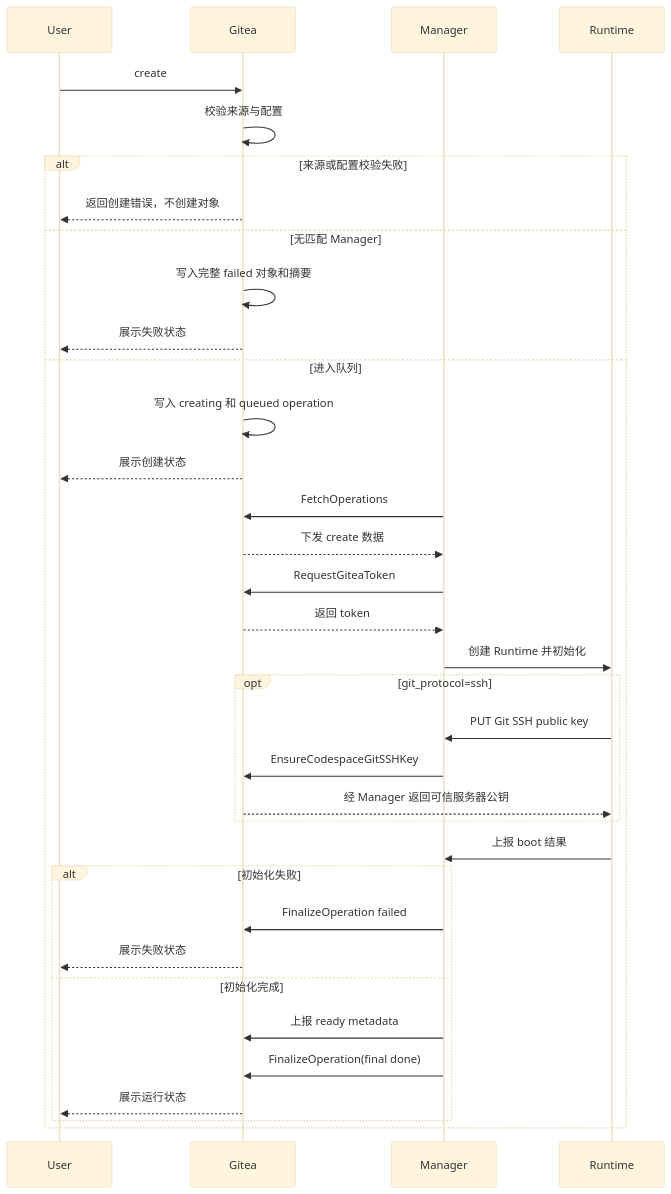
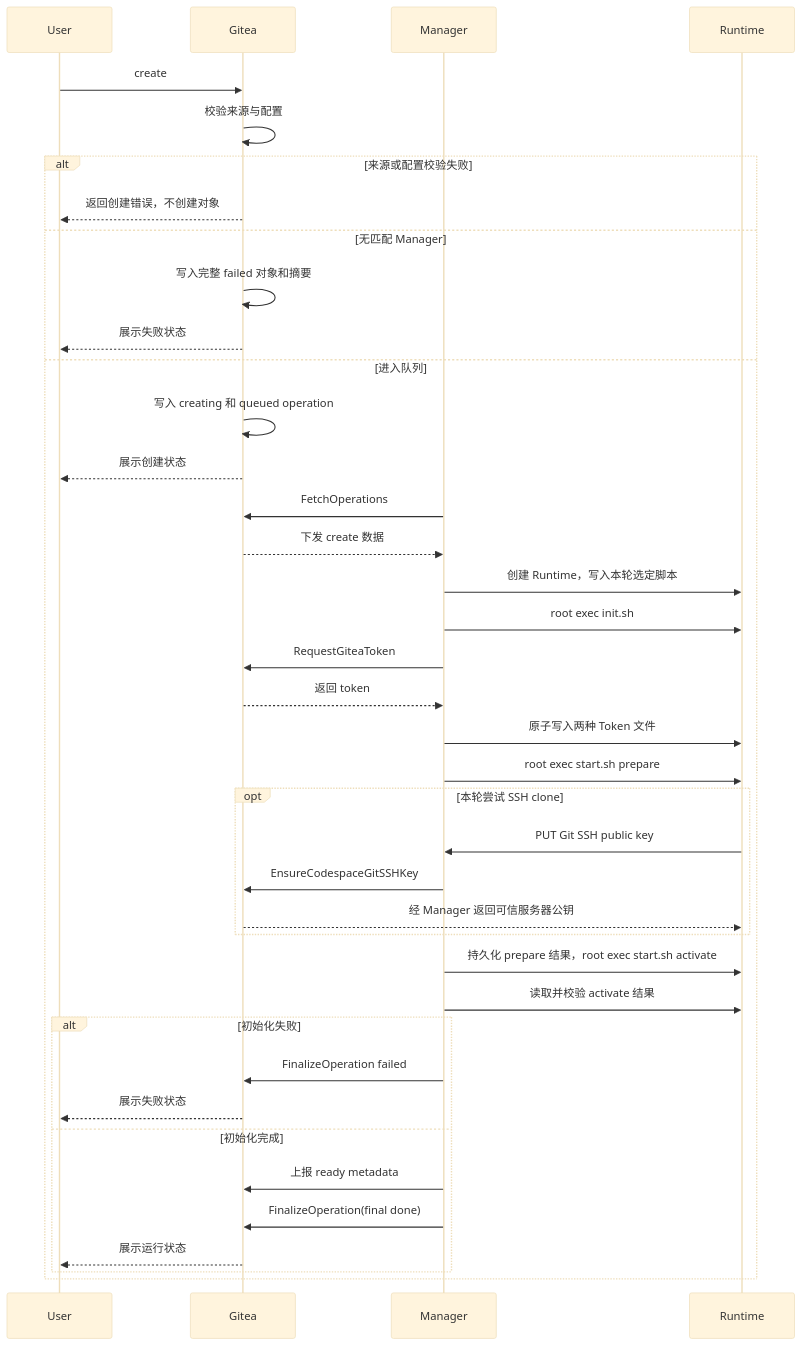
One commit to ExplodingDragon/gitea-dev changed the first of 3 diagrams in src/lifecycle-flows.md. Above: the diagram before and after it, drawn with Mermaid (base theme). The commit also changed other lines of this file and 11 other files, not shown here.

````diff
--- a/src/lifecycle-flows.md
+++ b/src/lifecycle-flows.md
@@ -113,38 +113,42 @@
 ```mermaid
 sequenceDiagram
     participant U as User
     participant G as Gitea
     participant M as Manager
     participant R as Runtime
 
     U->>G: create
     G->>G: 校验来源与配置
     alt 来源或配置校验失败
         G-->>U: 返回创建错误，不创建对象
     else 无匹配 Manager
         G->>G: 写入完整 failed 对象和摘要
         G-->>U: 展示失败状态
     else 进入队列
         G->>G: 写入 creating 和 queued operation
         G-->>U: 展示创建状态
         M->>G: FetchOperations
         G-->>M: 下发 create 数据
+        M->>R: 创建 Runtime，写入本轮选定脚本
+        M->>R: root exec init.sh
         M->>G: RequestGiteaToken
         G-->>M: 返回 token
-        M->>R: 创建 Runtime 并初始化
-        opt git_protocol=ssh
+        M->>R: 原子写入两种 Token 文件
+        M->>R: root exec start.sh prepare
+        opt 本轮尝试 SSH clone
             R->>M: PUT Git SSH public key
             M->>G: EnsureCodespaceGitSSHKey
             G-->>R: 经 Manager 返回可信服务器公钥
         end
-        R->>M: 上报 boot 结果
+        M->>R: 持久化 prepare 结果，root exec start.sh activate
+        M->>R: 读取并校验 activate 结果
         alt 初始化失败
             M->>G: FinalizeOperation failed
             G-->>U: 展示失败状态
         else 初始化完成
             M->>G: 上报 ready metadata
             M->>G: FinalizeOperation(final done)
             G-->>U: 展示运行状态
         end
     end
 ```
````
